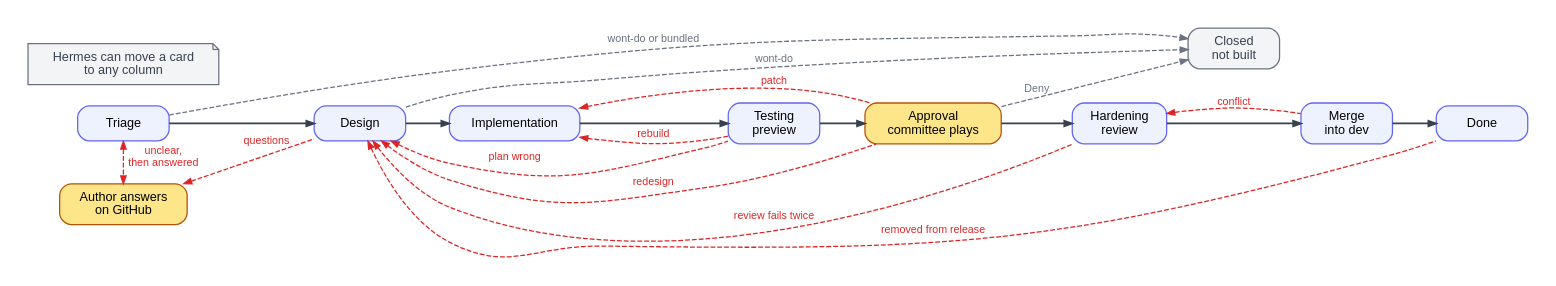
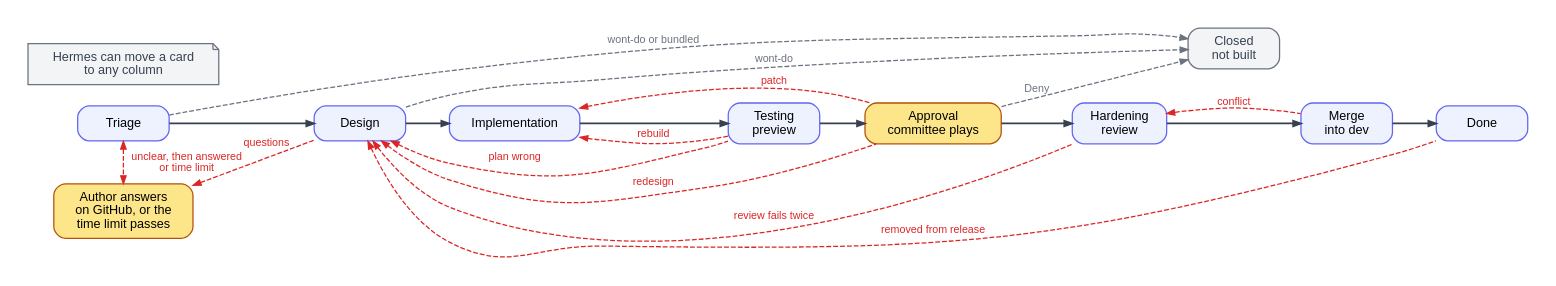
One commit to btseytlin/road-machiners changed the diagram in factory/docs/diagrams/lifecycle.dot. Above: the diagram before and after it, drawn with Graphviz. The commit also changed 11 other files, not shown here.

Commit message:
A needs-info card loses its label after FACTORY_NEEDS_INFO_HOURS with no answer and goes on

```diff
--- a/factory/docs/diagrams/lifecycle.dot
+++ b/factory/docs/diagrams/lifecycle.dot
@@ -1,28 +1,28 @@
-// Card lifecycle. Black: normal path. Red: loops back. Grey: ends early. Yellow: waits for people.
+// Card lifecycle. Black: normal path. Red: loops back. Grey: ends early. Yellow: waits for people, and the author wait has a time limit.
 digraph lifecycle {
   rankdir=LR; nodesep=0.3; ranksep=0.6; bgcolor=white; pad=0.3; forcelabels=true;
   node [shape=box, style="rounded,filled", fillcolor="#eef2ff", color="#6366f1", fontname="Helvetica", fontsize=13, margin="0.2,0.1", penwidth=1.3, width=1.3];
   edge [color="#374151", penwidth=1.8, arrowsize=0.8, fontname="Helvetica", fontsize=11];
   T [label="Triage"]; D [label="Design"]; I [label="Implementation"];
   P [label="Testing\npreview"]; A [label="Approval\ncommittee plays", fillcolor="#fde68a", color="#b45309"];
   H [label="Hardening\nreview"]; G [label="Merge\ninto dev"]; M [label="Done"];
-  W [label="Author answers\non GitHub", fillcolor="#fde68a", color="#b45309"];
+  W [label="Author answers\non GitHub, or the\ntime limit passes", fillcolor="#fde68a", color="#b45309"];
   N [label="Hermes can move a card\nto any column", shape=note, style=filled, fillcolor="#f3f4f6", color="#6b7280", fontcolor="#374151"];
   X [label="Closed\nnot built", fillcolor="#f3f4f6", color="#6b7280", fontcolor="#374151"];
   T -> D -> I -> P -> A -> H -> G -> M [weight=100];
   // A loop is drawn as a forward edge with its arrow reversed, so it never bends the main line.
   edge [color="#dc2626", fontcolor="#dc2626", style=dashed, penwidth=1.3, dir=back, weight=0];
-  T -> W [xlabel="unclear,\nthen answered", dir=both, constraint=false];
+  T -> W [xlabel="unclear, then answered\nor time limit", dir=both, constraint=false];
   W -> D [label="questions"];
   I -> P [label="rebuild"];
   D -> P [label="plan wrong"];
   I -> A [label="patch"];
   D -> A [label="redesign"];
   D -> H [label="review fails twice"];
   H -> G [label="conflict"];
   D -> M [label="removed from release"];
   edge [color="#6b7280", fontcolor="#6b7280", style=dashed, penwidth=1.3, dir=forward, weight=0];
   T -> X [label="wont-do or bundled"];
   D -> X [label="wont-do"];
   A -> X [label="Deny"];
 }
```
